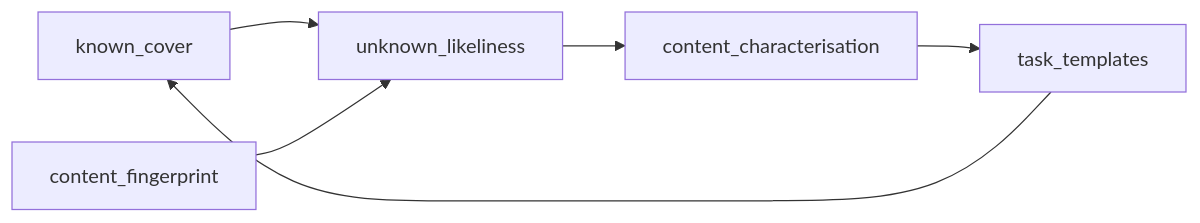
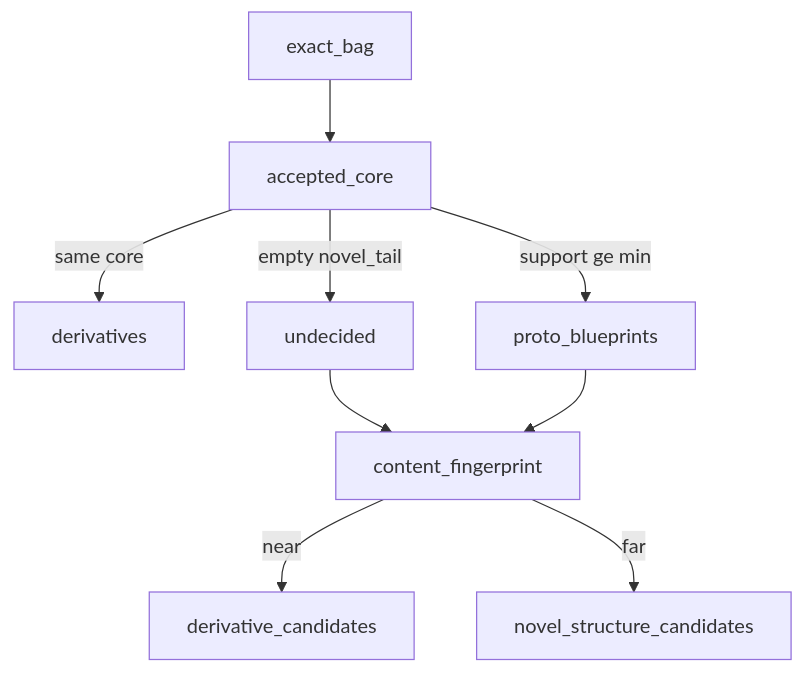
The diagram in plans/milestones/T1-unknown-first.md (Data-Scopes/formulation), drawn with Mermaid before and after one commit. The commit also changed other lines of this file and 22 other files, not shown here.

````diff
--- a/plans/milestones/T1-unknown-first.md
+++ b/plans/milestones/T1-unknown-first.md
@@ -29,13 +26,13 @@
 ```mermaid
-flowchart LR
-  cover[known_cover]
-  unk[unknown_likeliness]
-  fp[content_fingerprint]
-  char[content_characterisation]
-  tmpl[task_templates]
-  cover --> unk
-  fp --> unk
-  unk --> char
-  char --> tmpl
-  tmpl --> cover
+flowchart TD
+  bag[exact_bag]
+  core[accepted_core]
+  bag --> core
+  core -->|same core| der[derivatives]
+  core -->|support ge min| blue[proto_blueprints]
+  core -->|empty novel_tail| und[undecided]
+  und --> fp[content_fingerprint]
+  blue --> fp
+  fp -->|near| der2[derivative_candidates]
+  fp -->|far| novel[novel_structure_candidates]
 ```
````
